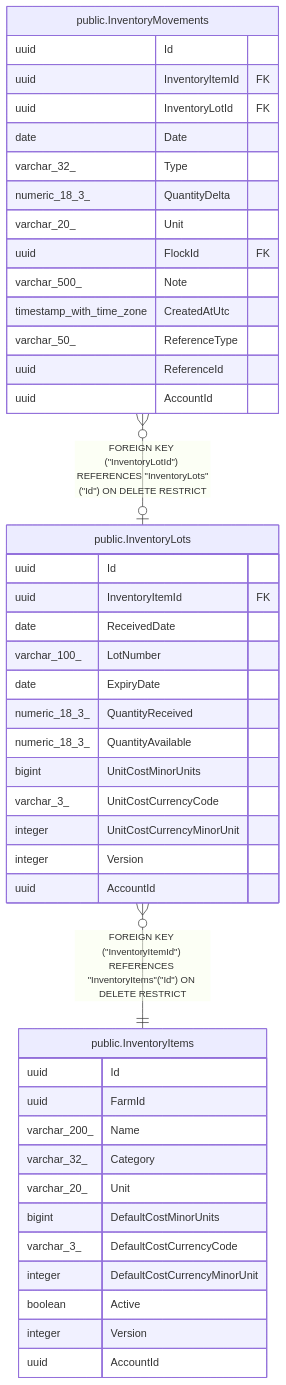
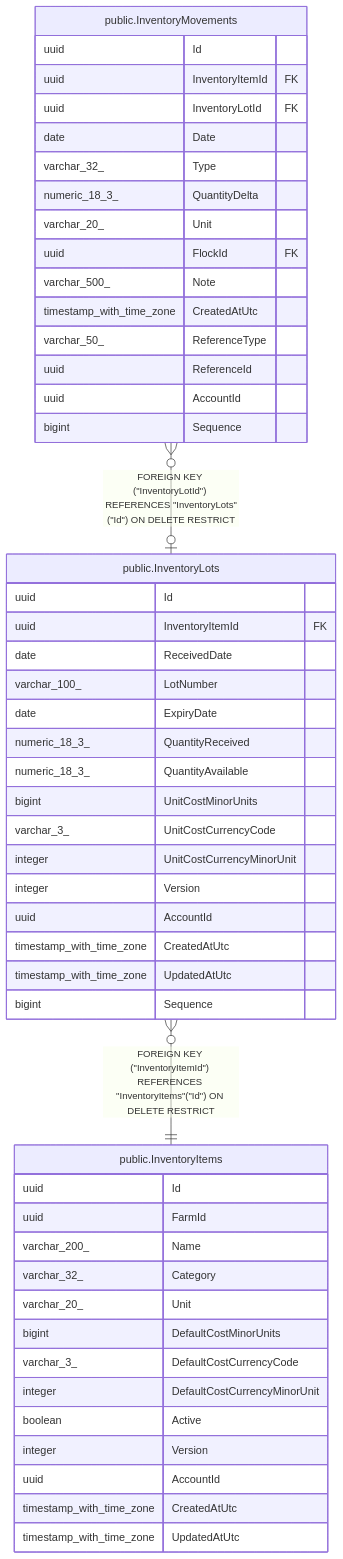
Before and after one commit to mforce/cluckwork: the diagram in docs/schema/public.InventoryLots.md, drawn with Mermaid. The commit also changed other lines of this file and 105 other files, not shown here.

````diff
--- a/docs/schema/public.InventoryLots.md
+++ b/docs/schema/public.InventoryLots.md
@@ -52,49 +65,55 @@
 ```mermaid
 erDiagram
 
 "public.InventoryMovements" }o--o| "public.InventoryLots" : "FOREIGN KEY (#quot;InventoryLotId#quot;) REFERENCES #quot;InventoryLots#quot;(#quot;Id#quot;) ON DELETE RESTRICT"
 "public.InventoryLots" }o--|| "public.InventoryItems" : "FOREIGN KEY (#quot;InventoryItemId#quot;) REFERENCES #quot;InventoryItems#quot;(#quot;Id#quot;) ON DELETE RESTRICT"
 
 "public.InventoryLots" {
   uuid Id
   uuid InventoryItemId FK
   date ReceivedDate
   varchar_100_ LotNumber
   date ExpiryDate
   numeric_18_3_ QuantityReceived
   numeric_18_3_ QuantityAvailable
   bigint UnitCostMinorUnits
   varchar_3_ UnitCostCurrencyCode
   integer UnitCostCurrencyMinorUnit
   integer Version
   uuid AccountId
+  timestamp_with_time_zone CreatedAtUtc
+  timestamp_with_time_zone UpdatedAtUtc
+  bigint Sequence
 }
 "public.InventoryMovements" {
   uuid Id
   uuid InventoryItemId FK
   uuid InventoryLotId FK
   date Date
   varchar_32_ Type
   numeric_18_3_ QuantityDelta
   varchar_20_ Unit
   uuid FlockId FK
   varchar_500_ Note
   timestamp_with_time_zone CreatedAtUtc
   varchar_50_ ReferenceType
   uuid ReferenceId
   uuid AccountId
+  bigint Sequence
 }
 "public.InventoryItems" {
   uuid Id
   uuid FarmId
   varchar_200_ Name
   varchar_32_ Category
   varchar_20_ Unit
   bigint DefaultCostMinorUnits
   varchar_3_ DefaultCostCurrencyCode
   integer DefaultCostCurrencyMinorUnit
   boolean Active
   integer Version
   uuid AccountId
+  timestamp_with_time_zone CreatedAtUtc
+  timestamp_with_time_zone UpdatedAtUtc
 }
 ```
````
